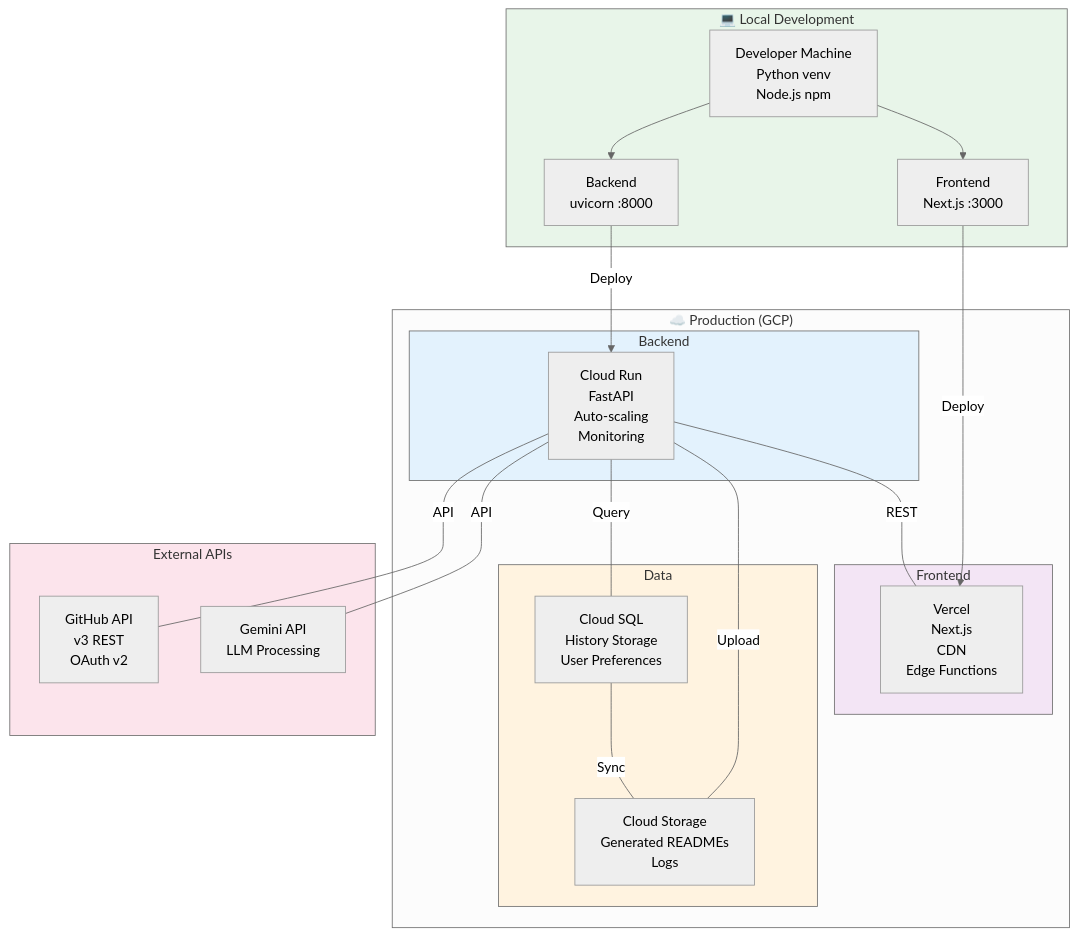
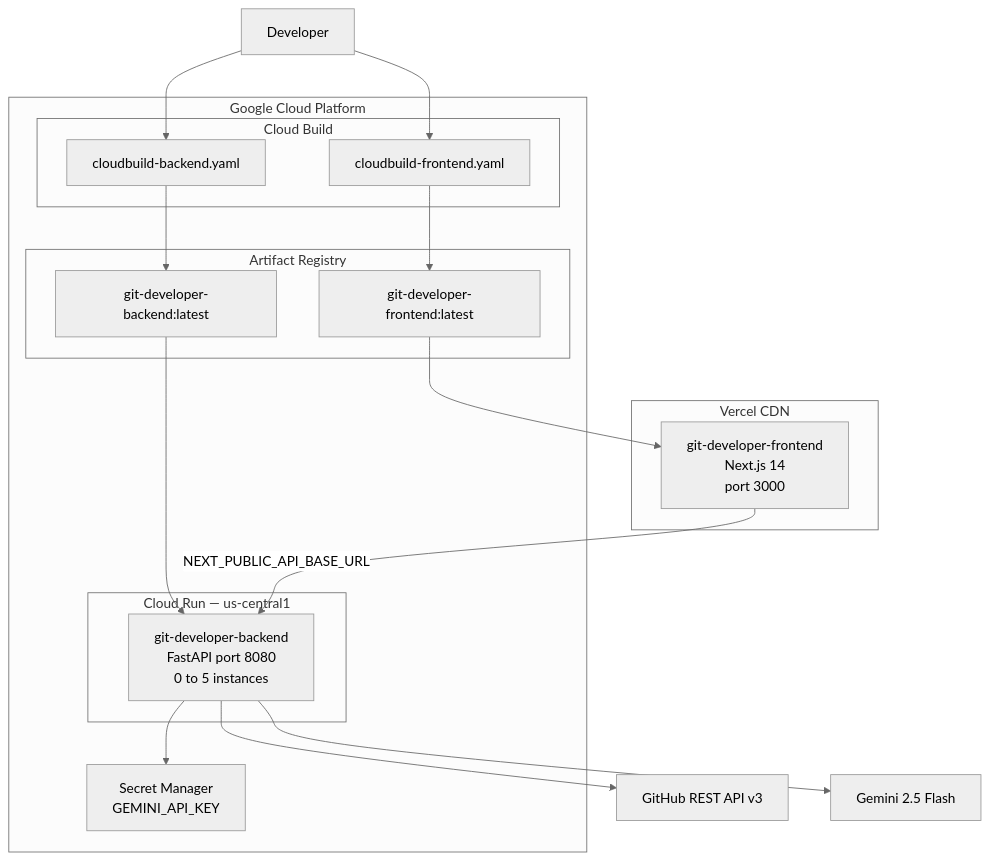
The fifth of 5 diagrams in README.md (ramamurthy-540835/git-developer), drawn with Mermaid (neutral theme) before and after one commit. The commit also changed other lines of this file and 1 other file, not shown here.

````diff
--- a/README.md
+++ b/README.md
@@ -314,43 +229,29 @@
 ```mermaid
 graph TB
-    subgraph Local["💻 Local Development"]
-        Dev["Developer Machine<br/>Python venv<br/>Node.js npm"]
-        DevBE["Backend<br/>uvicorn :8000"]
-        DevFE["Frontend<br/>Next.js :3000"]
-        Dev --> DevBE
-        Dev --> DevFE
+    subgraph GCP["Google Cloud Platform"]
+        subgraph CloudBuild["Cloud Build"]
+            CB1["cloudbuild-backend.yaml"]
+            CB2["cloudbuild-frontend.yaml"]
+        end
+        subgraph Artifacts["Artifact Registry"]
+            IMG1["git-developer-backend:latest"]
+            IMG2["git-developer-frontend:latest"]
+        end
+        subgraph CloudRun["Cloud Run — us-central1"]
+            BE["git-developer-backend\nFastAPI port 8080\n0 to 5 instances"]
+        end
+        SM["Secret Manager\nGEMINI_API_KEY"]
     end
-    
-    subgraph Production["☁️ Production (GCP)"]
-        subgraph Backend["Backend"]
-            CloudRun["Cloud Run<br/>FastAPI<br/>Auto-scaling<br/>Monitoring"]
-        end
-        subgraph Frontend["Frontend"]
-            Vercel["Vercel<br/>Next.js<br/>CDN<br/>Edge Functions"]
-        end
-        subgraph Data["Data"]
-            CloudSQL["Cloud SQL<br/>History Storage<br/>User Preferences"]
-            Storage["Cloud Storage<br/>Generated READMEs<br/>Logs"]
-        end
+
+    subgraph Vercel["Vercel CDN"]
+        FE["git-developer-frontend\nNext.js 14\nport 3000"]
     end
-    
-    subgraph External["External APIs"]
-        GitHubAPI["GitHub API<br/>v3 REST<br/>OAuth v2"]
-        GeminiAPI["Gemini API<br/>LLM Processing"]
-    end
-    
-    DevBE -->|Deploy| CloudRun
-    DevFE -->|Deploy| Vercel
-    CloudRun ---|REST| Vercel
-    CloudRun ---|Query| CloudSQL
-    CloudRun ---|Upload| Storage
-    CloudRun ---|API| GitHubAPI
-    CloudRun ---|API| GeminiAPI
-    CloudSQL ---|Sync| Storage
-    
-    style Local fill:#e8f5e9
-    style Backend fill:#e3f2fd
-    style Frontend fill:#f3e5f5
-    style Data fill:#fff3e0
-    style External fill:#fce4ec
+
+    Dev["Developer"] --> CB1 & CB2
+    CB1 --> IMG1 --> BE
+    CB2 --> IMG2 --> FE
+    BE --> SM
+    FE -->|NEXT_PUBLIC_API_BASE_URL| BE
+    BE --> GitHub["GitHub REST API v3"]
+    BE --> Gemini["Gemini 2.5 Flash"]
 ```
````
